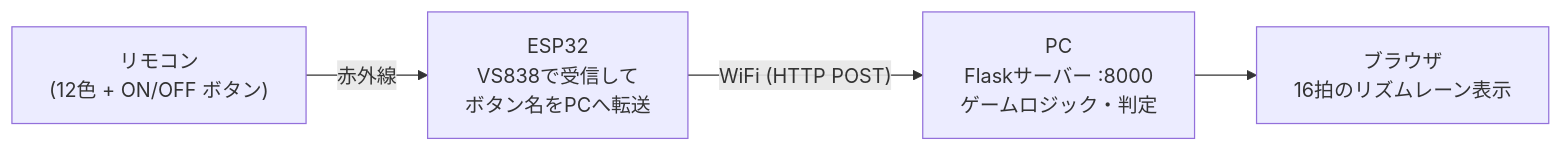
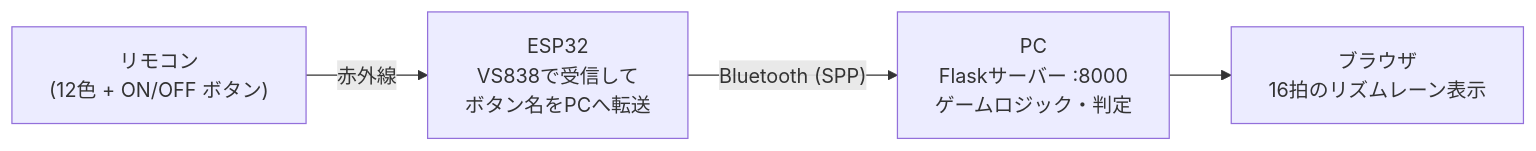
Before and after one commit to KeitoKuramochi/sensor_infrared: the diagram in README.md, drawn with Mermaid. The commit also changed other lines of this file and 3 other files, not shown here.

````diff
--- a/README.md
+++ b/README.md
@@ -11,6 +11,6 @@
 ```mermaid
 flowchart LR
     R["リモコン<br>(12色 + ON/OFF ボタン)"] -- 赤外線 --> E["ESP32<br>VS838で受信して<br>ボタン名をPCへ転送"]
-    E -- "WiFi (HTTP POST)" --> P["PC<br>Flaskサーバー :8000<br>ゲームロジック・判定"]
+    E -- "Bluetooth (SPP)" --> P["PC<br>Flaskサーバー :8000<br>ゲームロジック・判定"]
     P --> B["ブラウザ<br>16拍のリズムレーン表示"]
 ```
````
